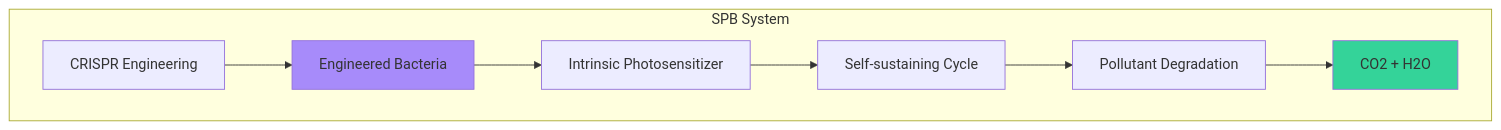
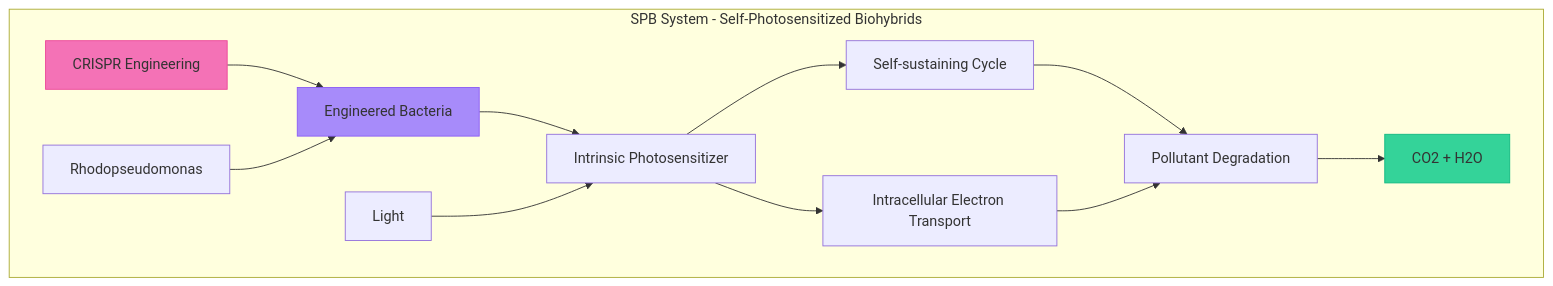
Before and after one commit to anshsharmacse/JanrakshakAI: diagram 12 of 31 in README.md, drawn with Mermaid. The commit also changed other lines of this file, not shown here.

````diff
--- a/README.md
+++ b/README.md
@@ -315,14 +403,20 @@
 ```mermaid
 graph TB
-    subgraph SPB["SPB System"]
+    subgraph SPB["SPB System - Self-Photosensitized Biohybrids"]
         A[Engineered Bacteria] --> B[Intrinsic Photosensitizer]
         B --> C[Self-sustaining Cycle]
         C --> D[Pollutant Degradation]
         D --> E[CO2 + H2O]
         
         F[CRISPR Engineering] --> A
+        G[Rhodopseudomonas] --> A
+        
+        H[Light] --> B
+        B --> I[Intracellular Electron Transport]
+        I --> D
     end
     
-    style A fill:#a78bfa
-    style E fill:#34d399
+    style A fill:#a78bfa,stroke:#8b5cf6
+    style E fill:#34d399,stroke:#10b981
+    style F fill:#f472b6,stroke:#ec4899
 ```
````
